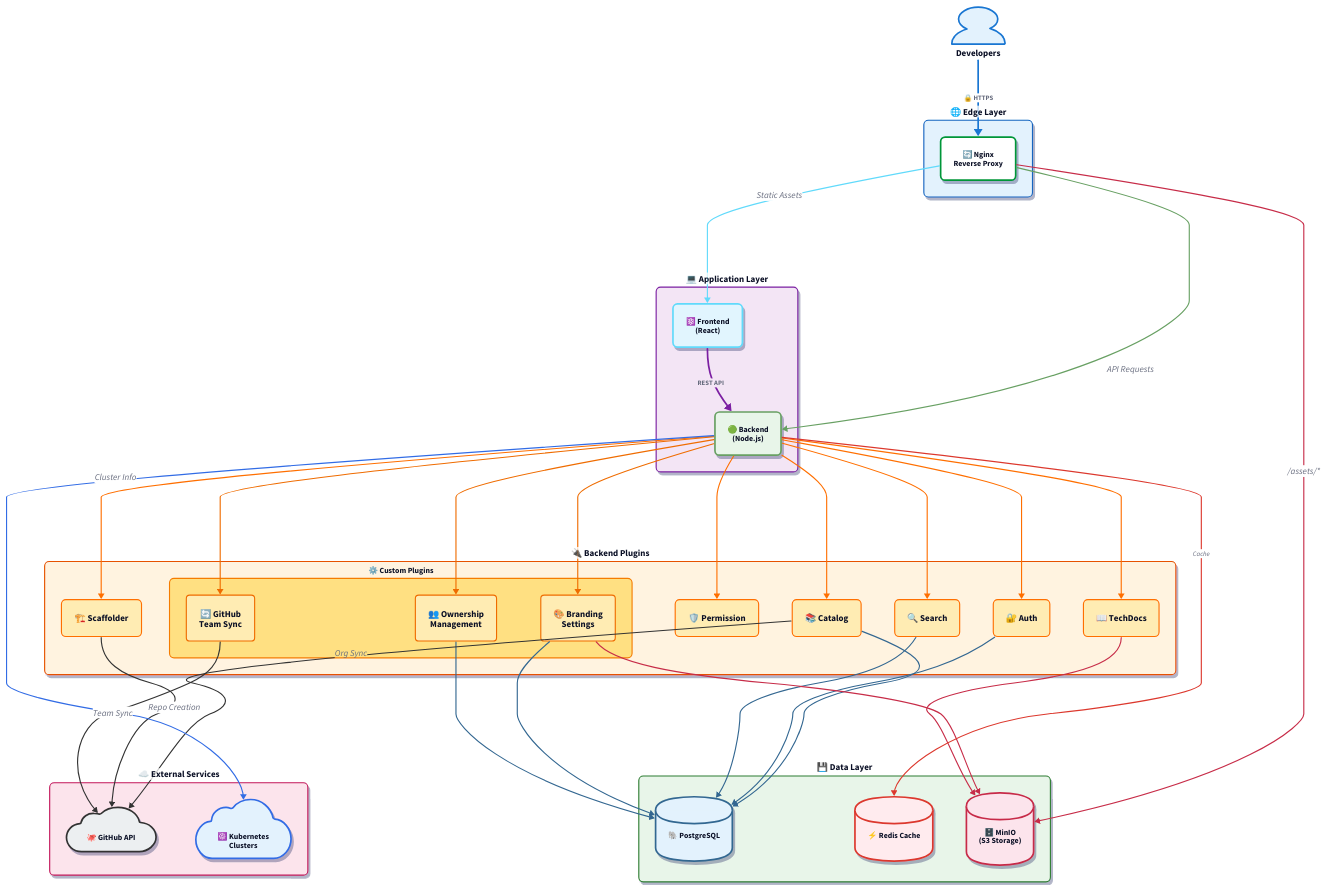
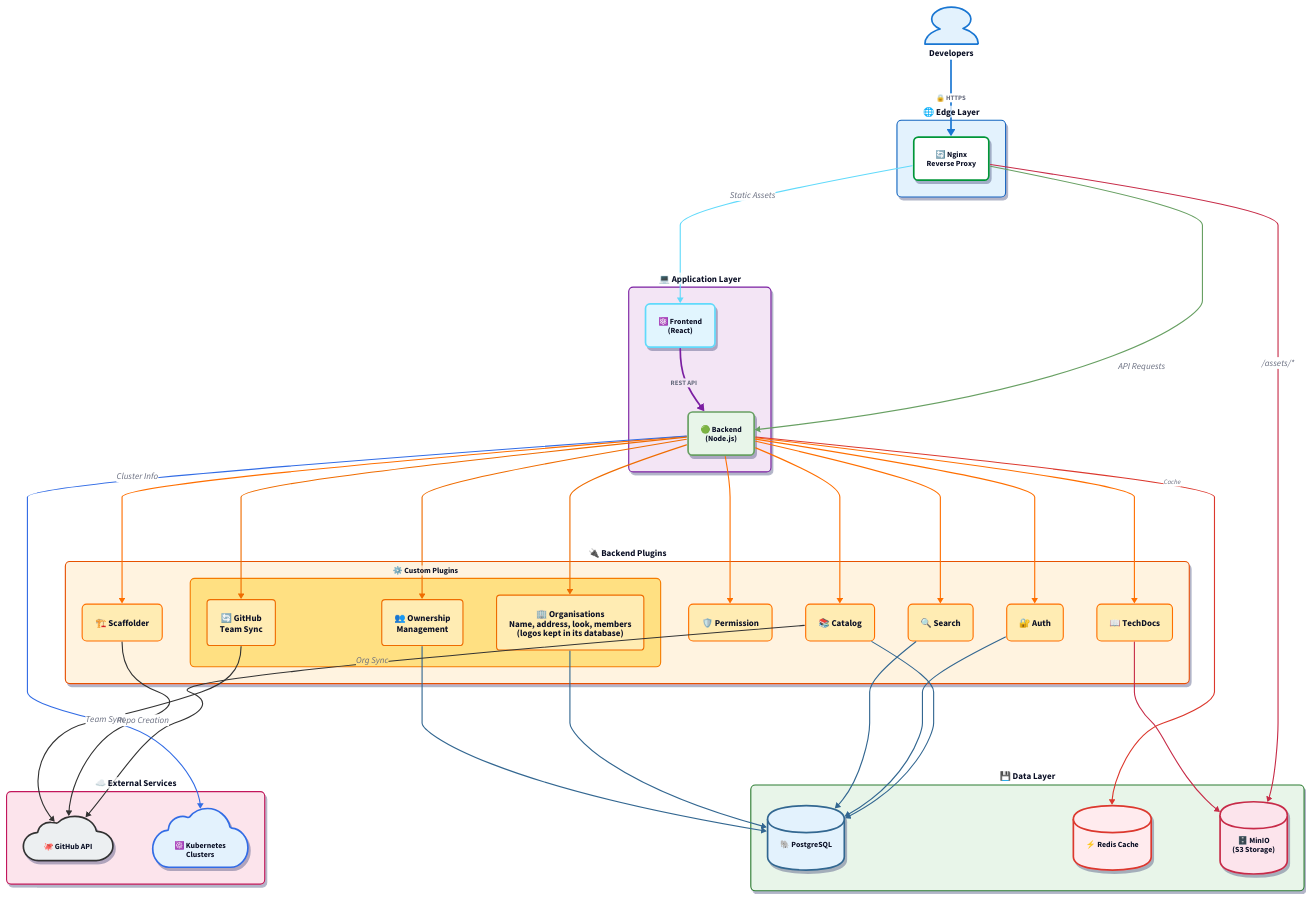
Before and after one commit to ayoinc/cloud-sandbox-backstage: the diagram in docs/diagrams/architecture-overview.d2, drawn with D2. The commit also changed 142 other files, not shown here.

```diff
--- a/docs/diagrams/architecture-overview.d2
+++ b/docs/diagrams/architecture-overview.d2
@@ -167,8 +167,8 @@
       bold: true
     }
 
-    branding: {
-      label: "🎨 Branding\nSettings"
+    organisations: {
+      label: "🏢 Organisations\nName, address, look, members\n(logos kept in its database)"
       style: {
         fill: "#FFECB3"
         stroke: "#EF6C00"
@@ -354,7 +354,7 @@
   style.stroke: "#FF6F00"
   style.stroke-width: 2
 }
-app.backend -> plugins.custom.branding {
+app.backend -> plugins.custom.organisations {
   style.stroke: "#EF6C00"
   style.stroke-width: 2
 }
@@ -379,12 +379,8 @@
   style.stroke: "#336791"
   style.stroke-width: 2
 }
-plugins.custom.branding -> data.postgres {
+plugins.custom.organisations -> data.postgres {
   style.stroke: "#336791"
-  style.stroke-width: 2
-}
-plugins.custom.branding -> data.minio {
-  style.stroke: "#C72C48"
   style.stroke-width: 2
 }
 plugins.custom.ownership -> data.postgres {
```
